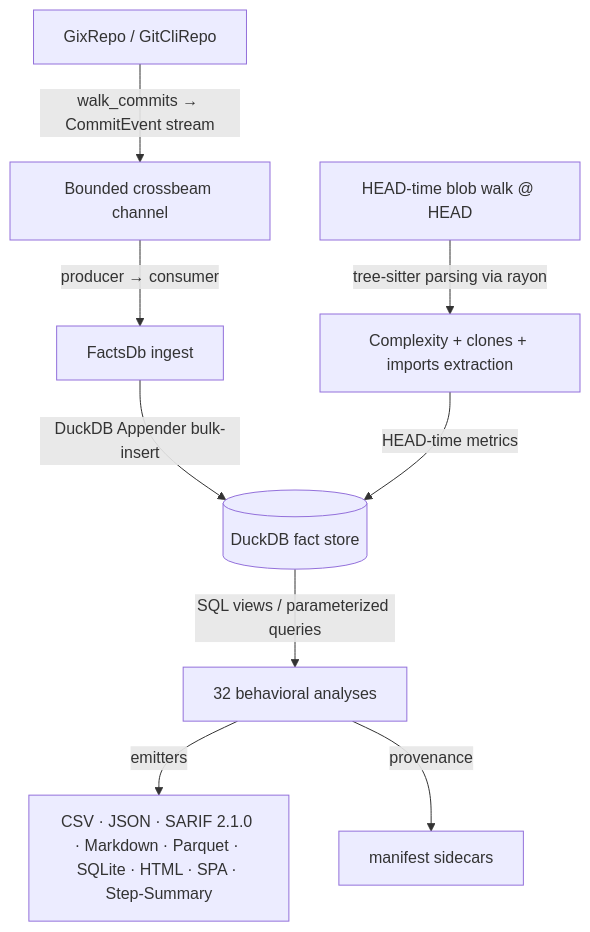
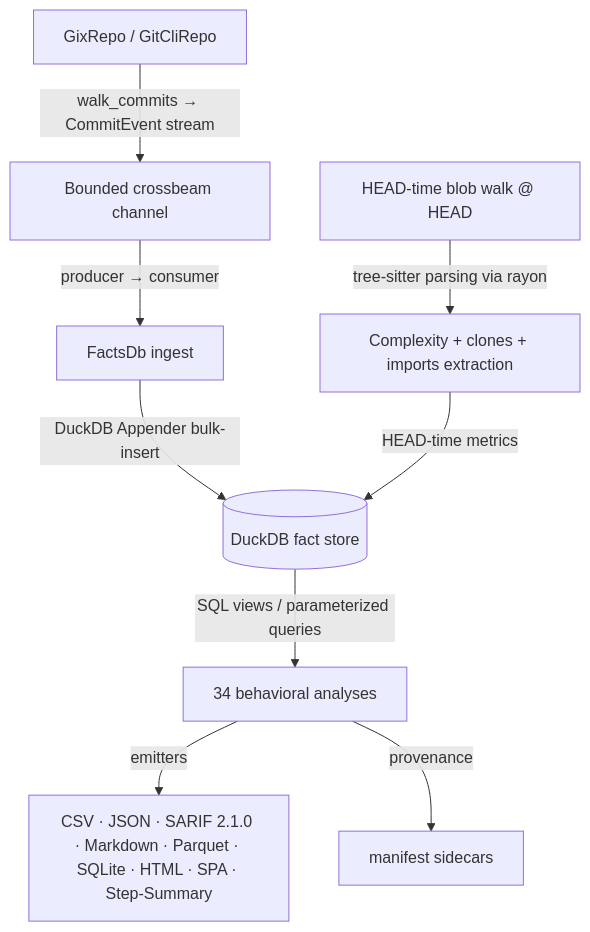
One commit to emrecdr/codelore changed the diagram in docs/codebase_analysis.md. Above: the diagram before and after it, drawn with Mermaid. The commit also changed other lines of this file and 15 other files, not shown here.

First line of the commit message:
feat(analyses): fuse structure × history on the architecture graph

````diff
--- a/docs/codebase_analysis.md
+++ b/docs/codebase_analysis.md
@@ -29,11 +29,11 @@
 ```mermaid
 graph TD
     A[GixRepo / GitCliRepo] -->|walk_commits → CommitEvent stream| B[Bounded crossbeam channel]
     B -->|producer → consumer| C[FactsDb ingest]
     C -->|DuckDB Appender bulk-insert| D[(DuckDB fact store)]
     E[HEAD-time blob walk @ HEAD] -->|tree-sitter parsing via rayon| F[Complexity + clones + imports extraction]
     F -->|HEAD-time metrics| D
-    D -->|SQL views / parameterized queries| G[32 behavioral analyses]
+    D -->|SQL views / parameterized queries| G[34 behavioral analyses]
     G -->|emitters| H[CSV · JSON · SARIF 2.1.0 · Markdown · Parquet · SQLite · HTML · SPA · Step-Summary]
     G -->|provenance| I[manifest sidecars]
 ```
````
